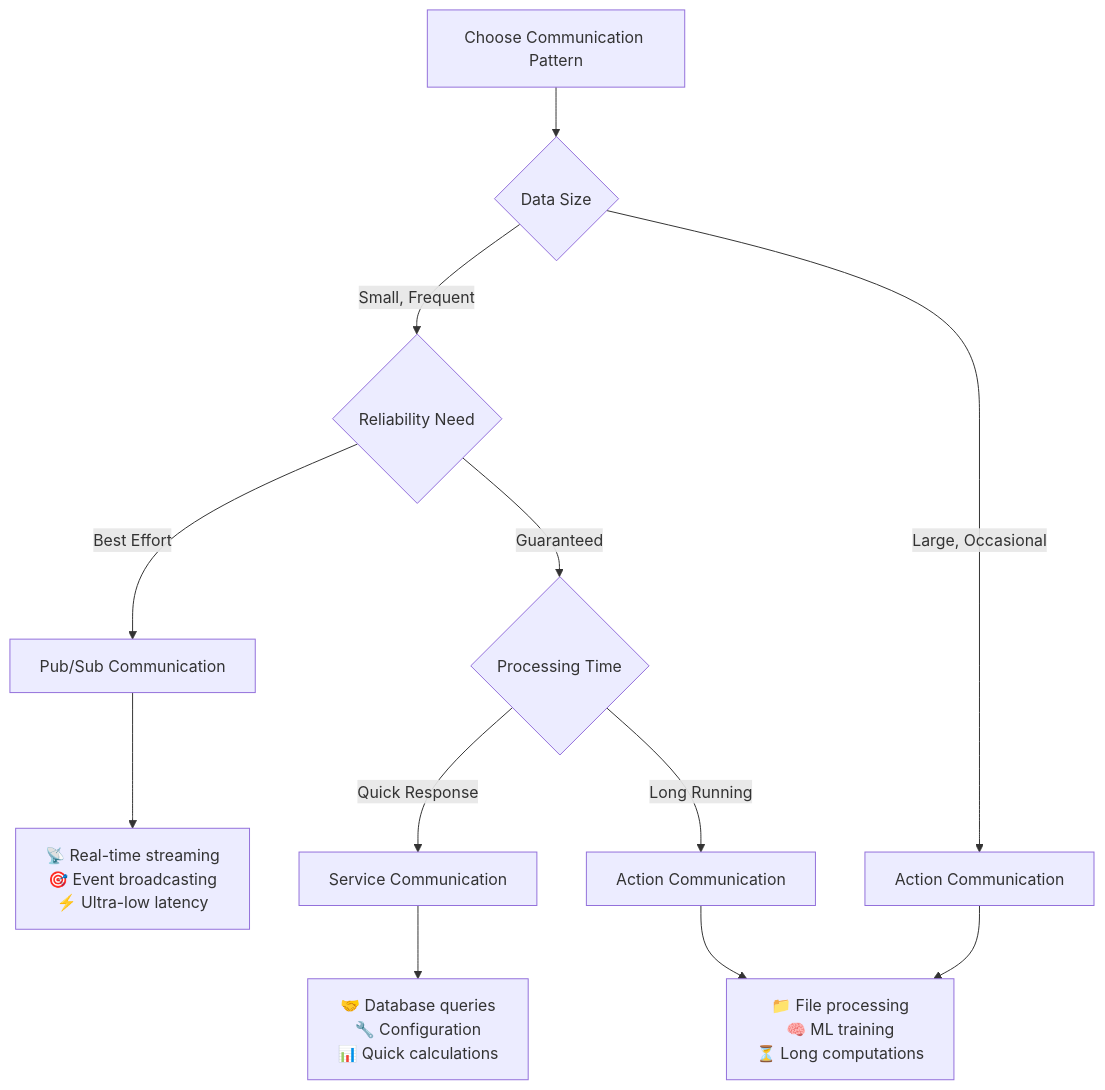
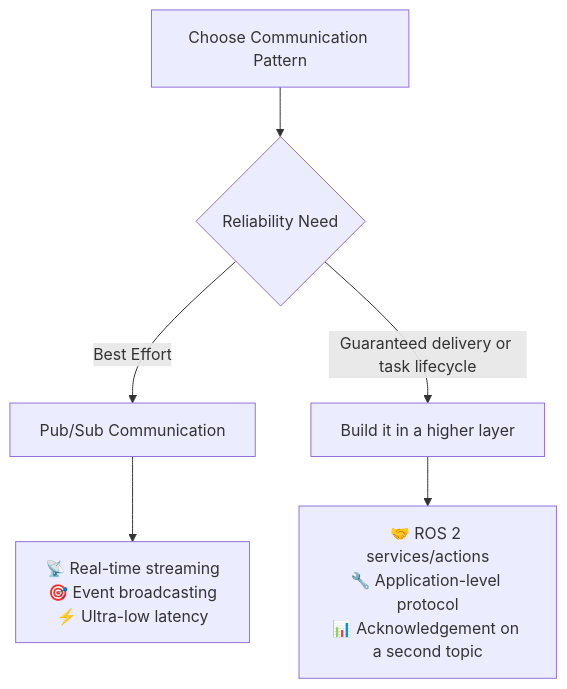
Before and after one commit to REACT-ROBOT/shared-memory-based-handy-communication-manager: the diagram in manual/tutorials_en.md, drawn with Mermaid. The commit also changed other lines of this file and 45 other files, not shown here.

First line of the commit message:
[remove] shm_service / shm_action

````diff
--- a/manual/tutorials_en.md
+++ b/manual/tutorials_en.md
@@ -130,17 +50,10 @@
 ```mermaid
 graph TD
-    A[Choose Communication Pattern] --> B{Data Size}
-    B -->|Small, Frequent| C{Reliability Need}
-    B -->|Large, Occasional| H[Action Communication]
-    
-    C -->|Best Effort| D[Pub/Sub Communication]
-    C -->|Guaranteed| E{Processing Time}
-    
-    E -->|Quick Response| F[Service Communication]
-    E -->|Long Running| G[Action Communication]
-    
-    D --> I[📡 Real-time streaming<br/>🎯 Event broadcasting<br/>⚡ Ultra-low latency]
-    F --> J[🤝 Database queries<br/>🔧 Configuration<br/>📊 Quick calculations]
-    G --> K[📁 File processing<br/>🧠 ML training<br/>⏳ Long computations]
-    H --> K
+    A[Choose Communication Pattern] --> B{Reliability Need}
+
+    B -->|Best Effort| C[Pub/Sub Communication]
+    B -->|Guaranteed delivery or task lifecycle| D[Build it in a higher layer]
+
+    C --> E[📡 Real-time streaming<br/>🎯 Event broadcasting<br/>⚡ Ultra-low latency]
+    D --> F[🤝 ROS 2 services/actions<br/>🔧 Application-level protocol<br/>📊 Acknowledgement on a second topic]
 ```
````
